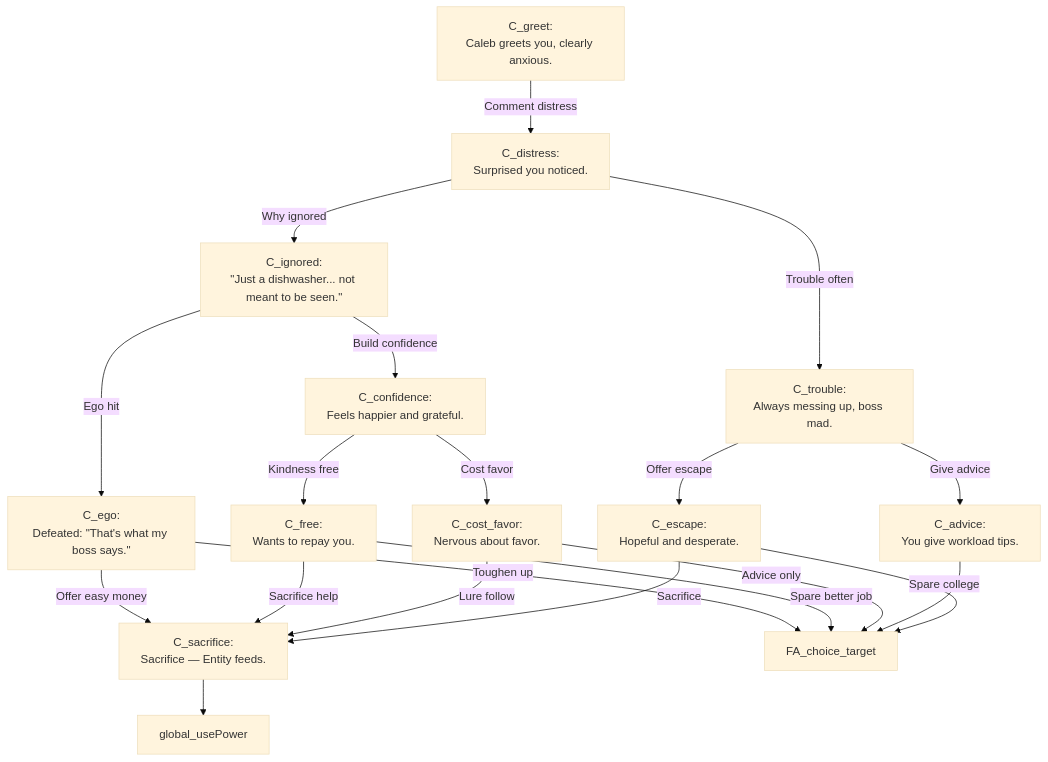
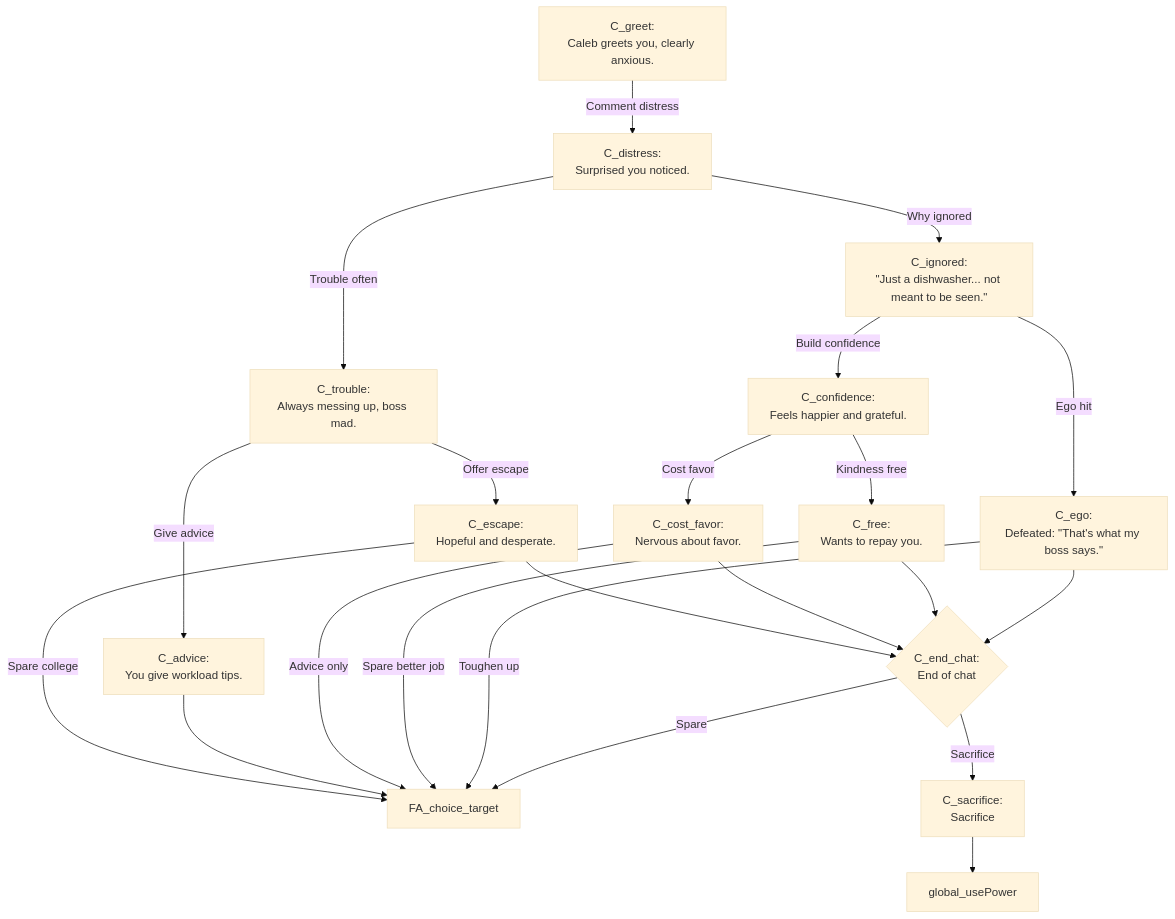
Before and after one commit to ivalace/horror-game-jam-2025: the diagram in Caleb.mmd, drawn with Mermaid (base theme). The commit also changed 9 other files, not shown here.

```diff
--- a/Caleb.mmd
+++ b/Caleb.mmd
@@ -1,33 +1,36 @@
 flowchart TD
 direction LR
 C_greet["C_greet:<br/>Caleb greets you, clearly anxious."] -->|Comment distress| C_distress
 
 %% Distress Path
 C_distress["C_distress:<br/>Surprised you noticed."] -->|Trouble often| C_trouble
 C_distress -->|Why ignored| C_ignored
 
 C_trouble["C_trouble:<br/>Always messing up, boss mad."] -->|Offer escape| C_escape
 C_trouble -->|Give advice| C_advice
-C_escape["C_escape:<br/>Hopeful and desperate."] -->|Sacrifice| C_sacrifice
+C_escape["C_escape:<br/>Hopeful and desperate."] --> C_end_chat
 C_escape -->|Spare college| FA_choice_target
 C_advice["C_advice:<br/>You give workload tips."] --> FA_choice_target
 
 
 %% Ignored Path
 C_ignored["C_ignored:<br/>&quot;Just a dishwasher... not meant to be seen.&quot;"] -->|Build confidence| C_confidence
 C_ignored -->|Ego hit| C_ego
 
 C_confidence["C_confidence:<br/>Feels happier and grateful."] -->|Cost favor| C_cost_favor
 C_confidence -->|Kindness free| C_free
 
-C_cost_favor["C_cost_favor:<br/>Nervous about favor."] -->|Lure follow| C_sacrifice
+C_cost_favor["C_cost_favor:<br/>Nervous about favor."] --> C_end_chat
 C_cost_favor -->|Advice only| FA_choice_target
 
-C_free["C_free:<br/>Wants to repay you."] -->|Sacrifice help| C_sacrifice
+C_free["C_free:<br/>Wants to repay you."] --> C_end_chat
 C_free -->|Spare better job| FA_choice_target
 
-C_ego["C_ego:<br/>Defeated: &quot;That's what my boss says.&quot;"] -->|Offer easy money| C_sacrifice
+C_ego["C_ego:<br/>Defeated: &quot;That's what my boss says.&quot;"] --> C_end_chat
 C_ego -->|Toughen up| FA_choice_target
 
 
-C_sacrifice["C_sacrifice:<br/>Sacrifice — Entity feeds."] --> global_usePower
+C_sacrifice["C_sacrifice:<br/>Sacrifice"] --> global_usePower
+
+C_end_chat{"C_end_chat:<br/>End of chat"} -->|Sacrifice| C_sacrifice
+C_end_chat -->|Spare| FA_choice_target
```
